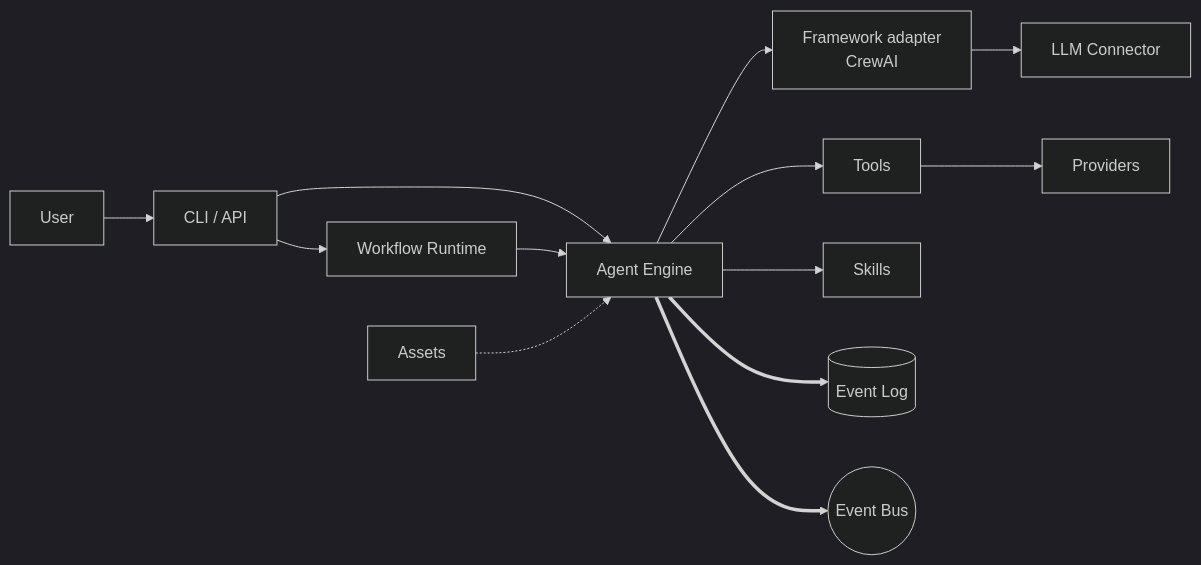
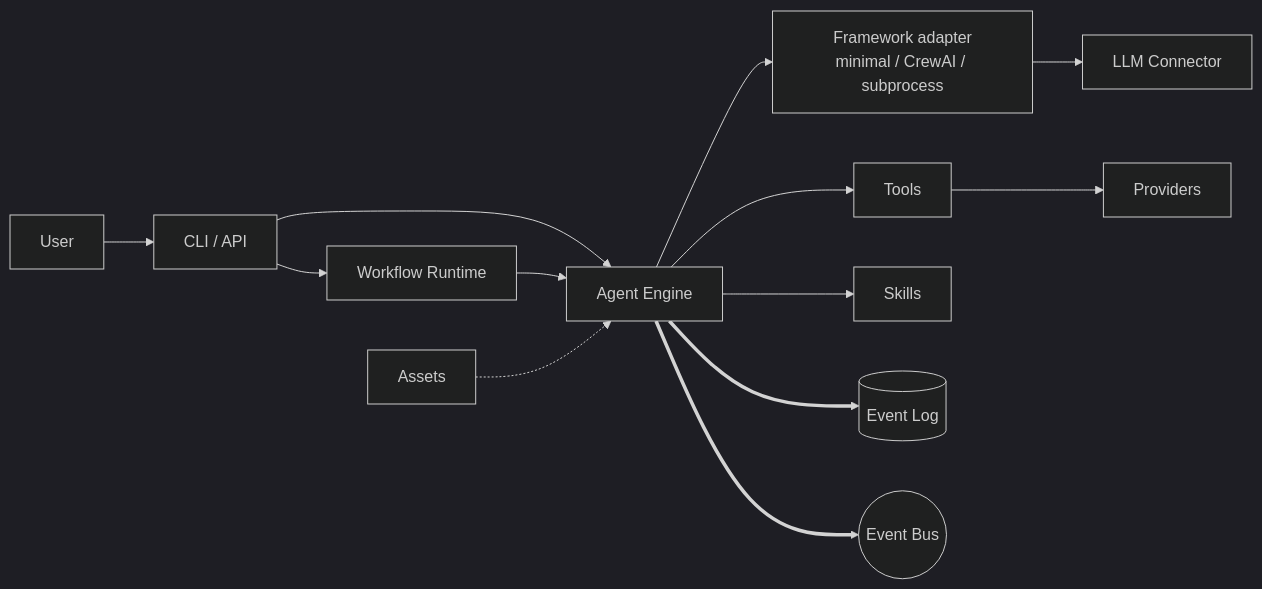
The diagram in docs/architecture/index.md (Signal-Vector/kolsch), drawn with Mermaid (dark theme) before and after one commit. The commit also changed other lines of this file and 43 other files, not shown here.

````diff
--- a/docs/architecture/index.md
+++ b/docs/architecture/index.md
@@ -14,27 +14,27 @@
 ```mermaid
 graph LR
     User[User] --> CLI[CLI / API]
     CLI --> WF[Workflow Runtime]
     CLI --> Engine[Agent Engine]
     WF --> Engine
-    Engine --> Framework[Framework adapter<br/>CrewAI]
+    Engine --> Framework[Framework adapter<br/>minimal / CrewAI / subprocess]
     Framework --> LLM[LLM Connector]
     Engine --> Tools
     Engine --> Skills
     Tools --> Providers
     Engine ==> Store[(Event Log)]
     Engine ==> Bus((Event Bus))
     Assets -.-> Engine
 
     click CLI "cli/"
     click WF "workflows/"
     click Engine "engine/"
     click Framework "engine/"
     click Tools "tools/"
     click Skills "skills/"
     click Store "store/"
     click Bus "bus/"
     click Providers "providers/"
     click LLM "llm/"
     click Assets "assets/"
 ```
````
